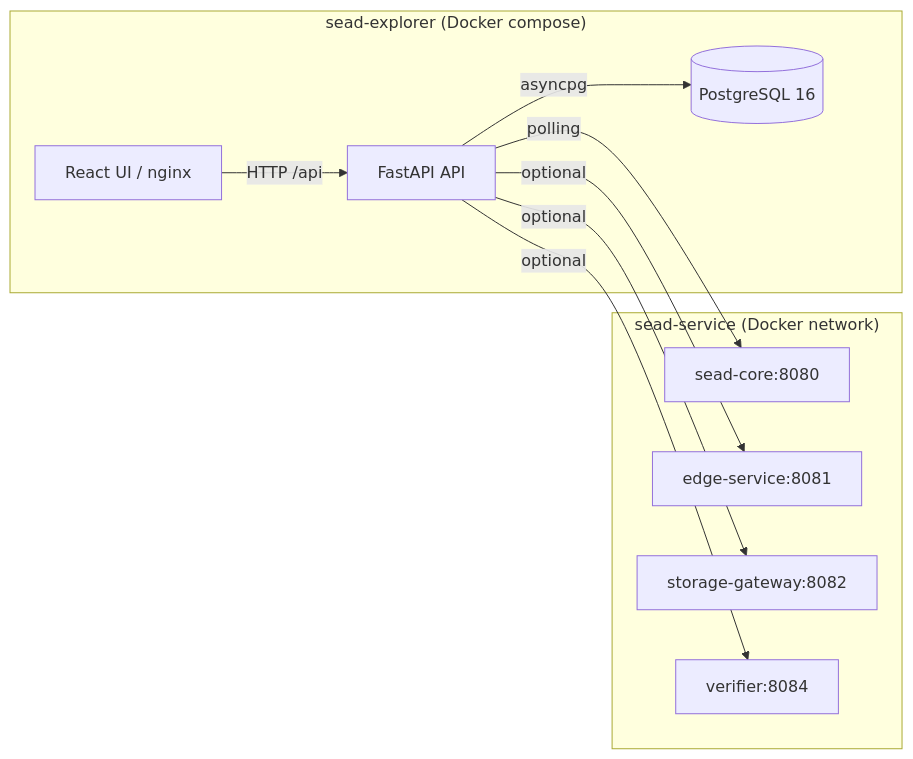
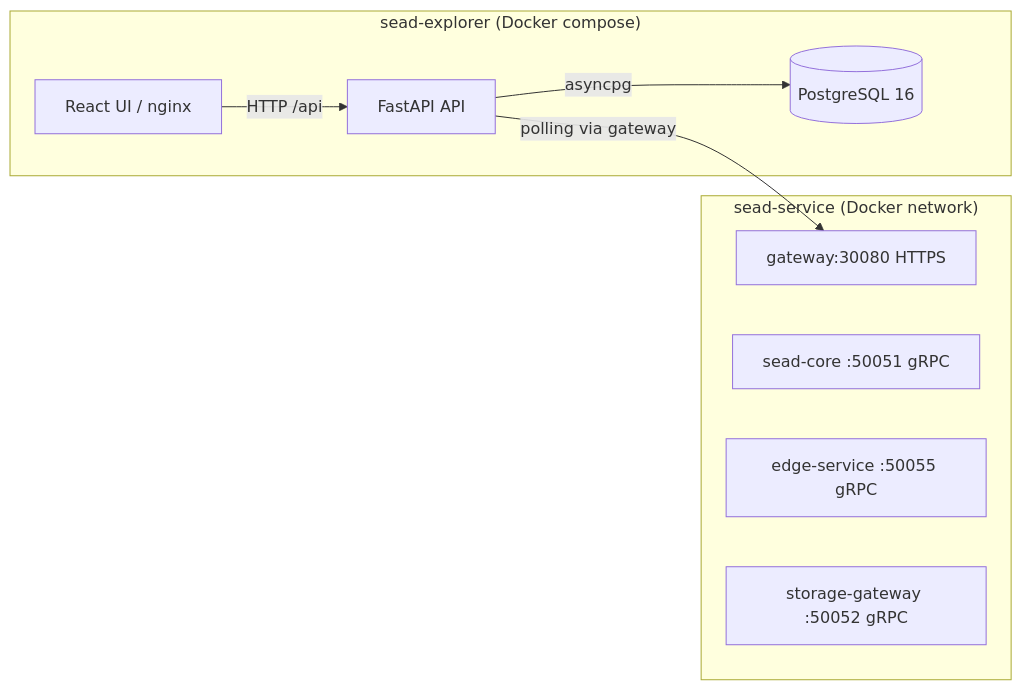
One commit to Stardome-technology/stardome-sead-explorer changed the diagram in README.md. Above: the diagram before and after it, drawn with Mermaid. The commit also changed other lines of this file and 3 other files, not shown here.

First line of the commit message:
HTTPS gateway migration + gateway auth + .env.example (#15)

````diff
--- a/README.md
+++ b/README.md
@@ -9,22 +9,19 @@
 ```mermaid
 graph LR
     subgraph "sead-service (Docker network)"
-        SC[sead-core:8080]
-        ES[edge-service:8081]
-        SG[storage-gateway:8082]
-        VR[verifier:8084]
+        GW[gateway:30080 HTTPS]
+        SC[sead-core :50051 gRPC]
+        ES[edge-service :50055 gRPC]
+        SG[storage-gateway :50052 gRPC]
     end
 
     subgraph "sead-explorer (Docker compose)"
         DB[(PostgreSQL 16)]
         API[FastAPI API]
         UI[React UI / nginx]
     end
 
-    API -->|polling| SC
-    API -->|optional| ES
-    API -->|optional| SG
-    API -->|optional| VR
+    API -->|polling via gateway| GW
     API -->|asyncpg| DB
     UI -->|HTTP /api| API
 ```
````
